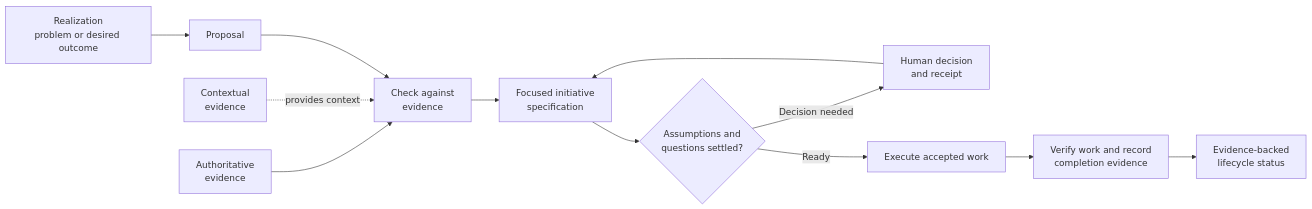
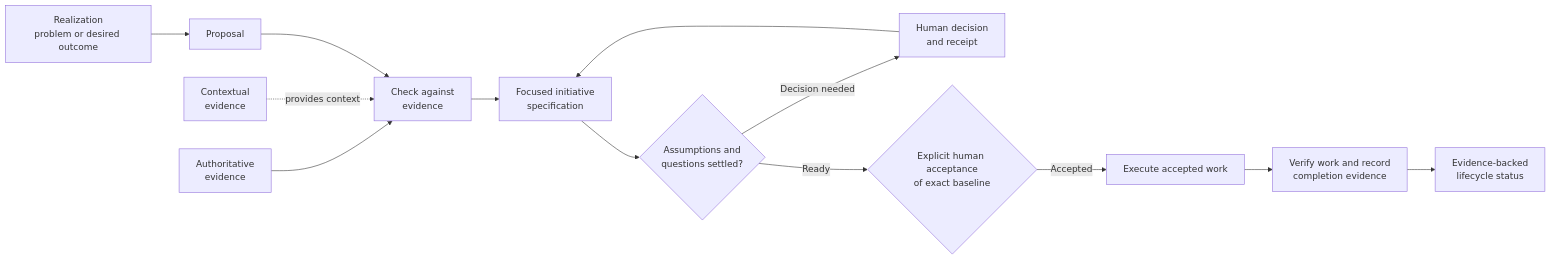
One commit to spkvfx/TADp changed the first of 2 diagrams in README.md. Above: the diagram before and after it, drawn with Mermaid. The commit also changed other lines of this file and 18 other files, not shown here.

````diff
--- a/README.md
+++ b/README.md
@@ -60,14 +56,15 @@
 ```mermaid
 flowchart LR
     R["Realization<br/>problem or desired outcome"] --> P["Proposal"]
     E["Authoritative<br/>evidence"] --> A["Check against<br/>evidence"]
     C["Contextual<br/>evidence"] -.->|provides context| A
     P --> A
     A --> I["Focused initiative<br/>specification"]
     I --> G{"Assumptions and<br/>questions settled?"}
     G -->|Decision needed| D["Human decision<br/>and receipt"]
     D --> I
-    G -->|Ready| X["Execute accepted work"]
+    G -->|Ready| H{"Explicit human acceptance<br/>of exact baseline"}
+    H -->|Accepted| X["Execute accepted work"]
     X --> V["Verify work and record<br/>completion evidence"]
     V --> S["Evidence-backed<br/>lifecycle status"]
 ```
````
